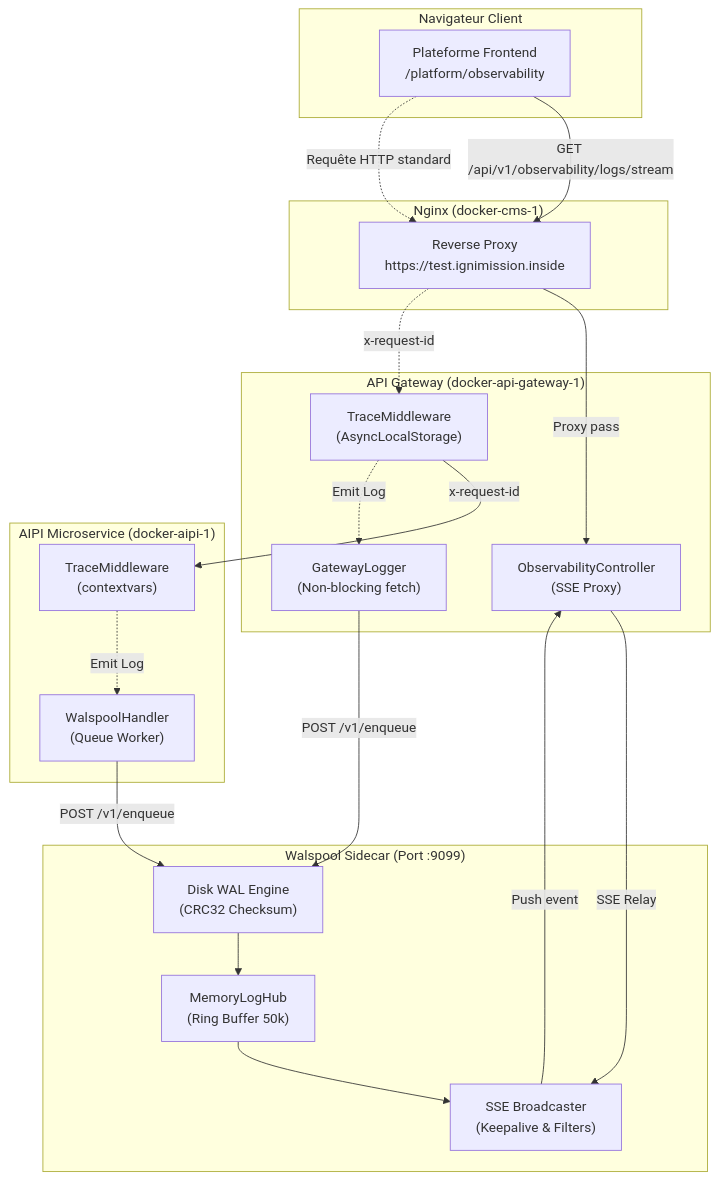
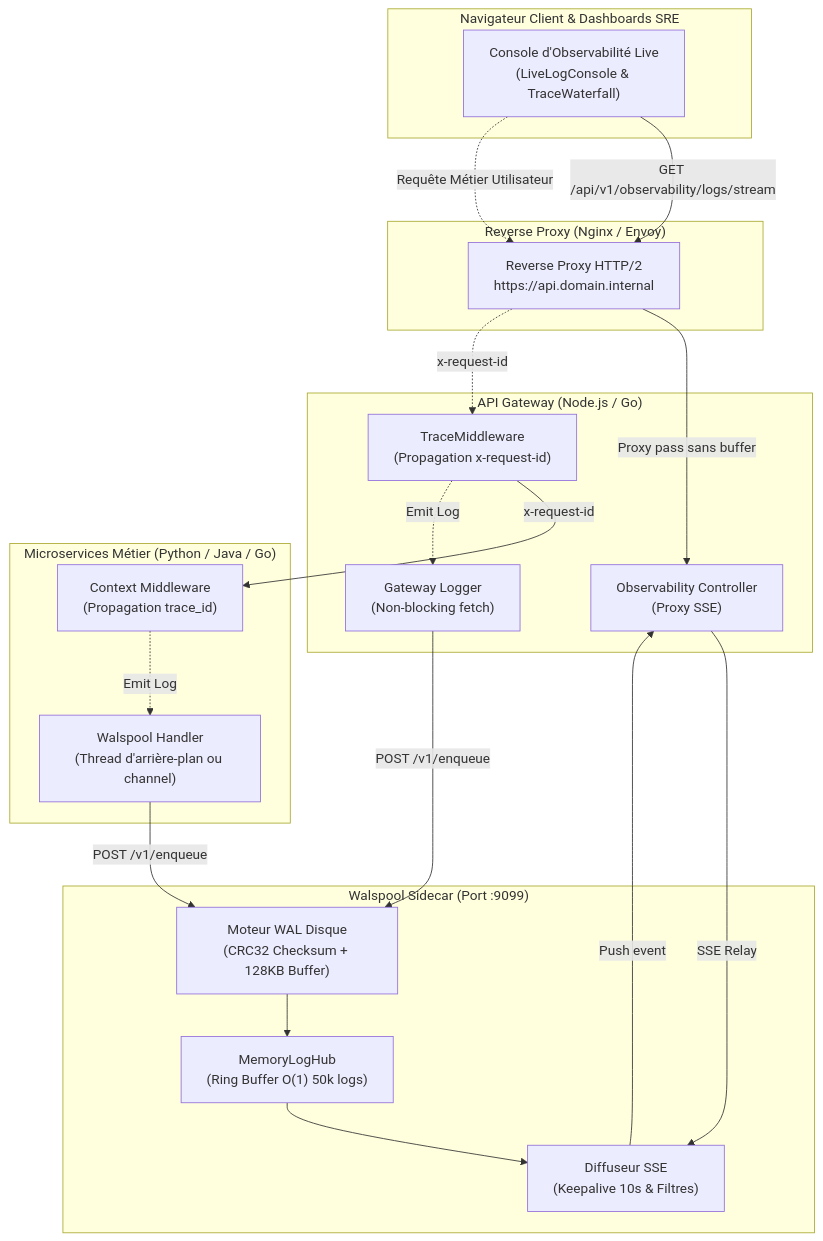
The first of 2 diagrams in docs/architecture/OBSERVABILITY_REPORT.md (YohannHommet/walspool), drawn with Mermaid before and after one commit. The commit also changed other lines of this file and 23 other files, not shown here.

Commit message:
refactor(assets & docs): clean up redundant assets and elevate observability architecture whitepaper

````diff
--- a/docs/architecture/OBSERVABILITY_REPORT.md
+++ b/docs/architecture/OBSERVABILITY_REPORT.md
@@ -16,44 +29,44 @@
 ```mermaid
 flowchart TD
-    subgraph Client ["Navigateur Client"]
-        BrowserUI["Plateforme Frontend\n/platform/observability"]
+    subgraph Client ["Navigateur Client & Dashboards SRE"]
+        BrowserUI["Console d'Observabilité Live\n(LiveLogConsole & TraceWaterfall)"]
     end
 
-    subgraph ReverseProxy ["Nginx (docker-cms-1)"]
-        Nginx["Reverse Proxy\nhttps://test.ignimission.inside"]
+    subgraph ReverseProxy ["Reverse Proxy (Nginx / Envoy)"]
+        Nginx["Reverse Proxy HTTP/2\nhttps://api.domain.internal"]
     end
 
-    subgraph Gateway ["API Gateway (docker-api-gateway-1)"]
-        TraceMW["TraceMiddleware\n(AsyncLocalStorage)"]
-        ObsController["ObservabilityController\n(SSE Proxy)"]
-        AsyncLogger["GatewayLogger\n(Non-blocking fetch)"]
+    subgraph Gateway ["API Gateway (Node.js / Go)"]
+        TraceMW["TraceMiddleware\n(Propagation x-request-id)"]
+        ObsController["Observability Controller\n(Proxy SSE)"]
+        AsyncLogger["Gateway Logger\n(Non-blocking fetch)"]
     end
 
-    subgraph PythonAIPI ["AIPI Microservice (docker-aipi-1)"]
-        PyTraceMW["TraceMiddleware\n(contextvars)"]
-        WalspoolHdlr["WalspoolHandler\n(Queue Worker)"]
+    subgraph Microservices ["Microservices Métier (Python / Java / Go)"]
+        PyTraceMW["Context Middleware\n(Propagation trace_id)"]
+        WalspoolHdlr["Walspool Handler\n(Thread d'arrière-plan ou channel)"]
     end
 
     subgraph Hub ["Walspool Sidecar (Port :9099)"]
-        WAL["Disk WAL Engine\n(CRC32 Checksum)"]
-        RingBuffer["MemoryLogHub\n(Ring Buffer 50k)"]
-        SSEBroadcaster["SSE Broadcaster\n(Keepalive & Filters)"]
+        WAL["Moteur WAL Disque\n(CRC32 Checksum + 128KB Buffer)"]
+        RingBuffer["MemoryLogHub\n(Ring Buffer O(1) 50k logs)"]
+        SSEBroadcaster["Diffuseur SSE\n(Keepalive 10s & Filtres)"]
     end
 
     BrowserUI -->|GET /api/v1/observability/logs/stream| Nginx
-    Nginx -->|Proxy pass| ObsController
+    Nginx -->|Proxy pass sans buffer| ObsController
     ObsController -->|SSE Relay| SSEBroadcaster
 
-    BrowserUI -.->|Requête HTTP standard| Nginx
+    BrowserUI -.->|Requête Métier Utilisateur| Nginx
     Nginx -.->|x-request-id| TraceMW
     TraceMW -->|x-request-id| PyTraceMW
 
     TraceMW -.->|Emit Log| AsyncLogger
     PyTraceMW -.->|Emit Log| WalspoolHdlr
 
     AsyncLogger -->|POST /v1/enqueue| WAL
     WalspoolHdlr -->|POST /v1/enqueue| WAL
     WAL --> RingBuffer
     RingBuffer --> SSEBroadcaster
     SSEBroadcaster -->|Push event| ObsController
 ```
````
